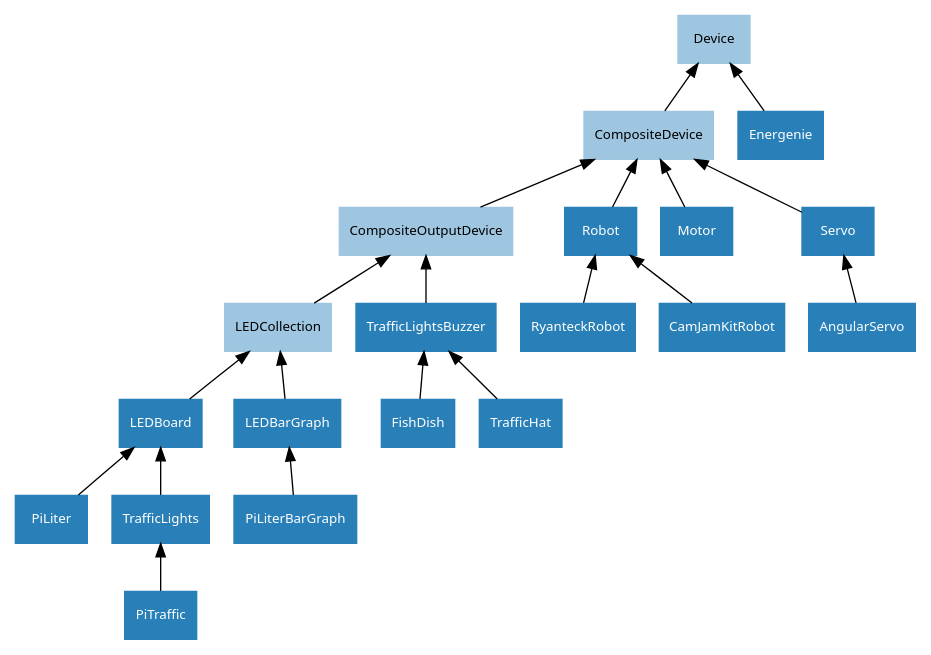
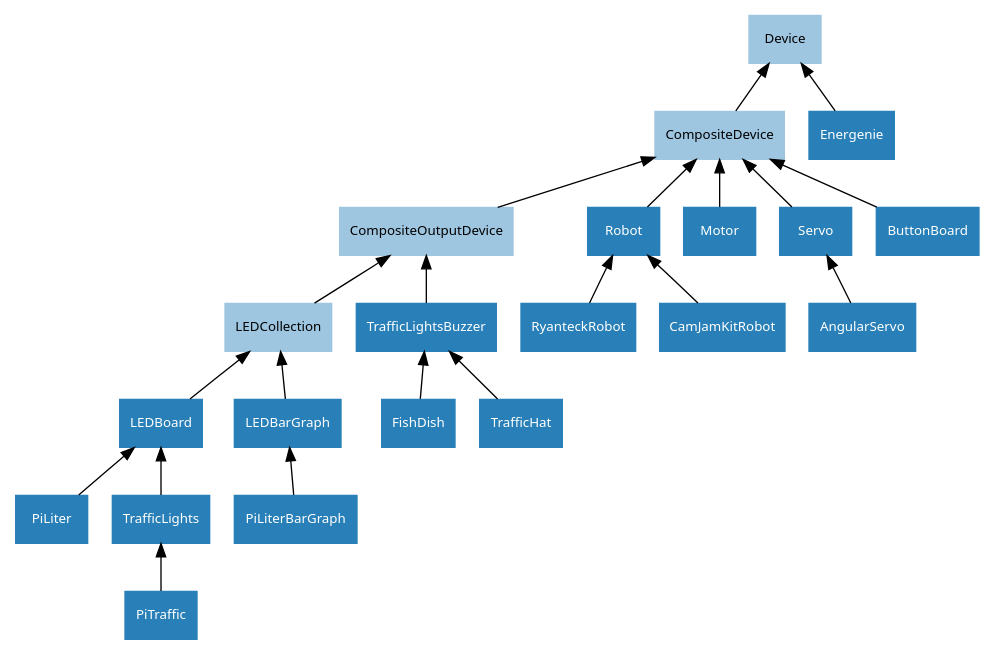
One commit to gpiozero/gpiozero changed the diagram in docs/images/composite_device_hierarchy.dot. Above: the diagram before and after it, drawn with Graphviz. The commit also changed 8 other files, not shown here.

First line of the commit message:
Quick addition of ButtonBoard docs

```diff
--- a/docs/images/composite_device_hierarchy.dot
+++ b/docs/images/composite_device_hierarchy.dot
@@ -1,38 +1,39 @@
 /* vim: set et sw=4 sts=4: */
 
 digraph classes {
     graph [rankdir=BT];
     node [shape=rect, style=filled, fontname=Sans, fontsize=10];
     edge [];
 
     /* Abstract classes */
     node [color="#9ec6e0", fontcolor="#000000"]
     Device;
     CompositeDevice;
     CompositeOutputDevice;
     LEDCollection;
 
     /* Concrete classes */
     node [color="#2980b9", fontcolor="#ffffff"];
     CompositeDevice->Device;
     CompositeOutputDevice->CompositeDevice;
     LEDCollection->CompositeOutputDevice;
 
     LEDBoard->LEDCollection;
     LEDBarGraph->LEDCollection;
 
     PiLiter->LEDBoard;
     PiLiterBarGraph->LEDBarGraph;
     TrafficLights->LEDBoard;
     PiTraffic->TrafficLights;
     TrafficLightsBuzzer->CompositeOutputDevice;
     FishDish->TrafficLightsBuzzer;
     TrafficHat->TrafficLightsBuzzer;
     Robot->CompositeDevice;
     RyanteckRobot->Robot;
     CamJamKitRobot->Robot;
     Motor->CompositeDevice;
     Servo->CompositeDevice;
     AngularServo->Servo;
     Energenie->Device;
+    ButtonBoard->CompositeDevice;
 }
```
